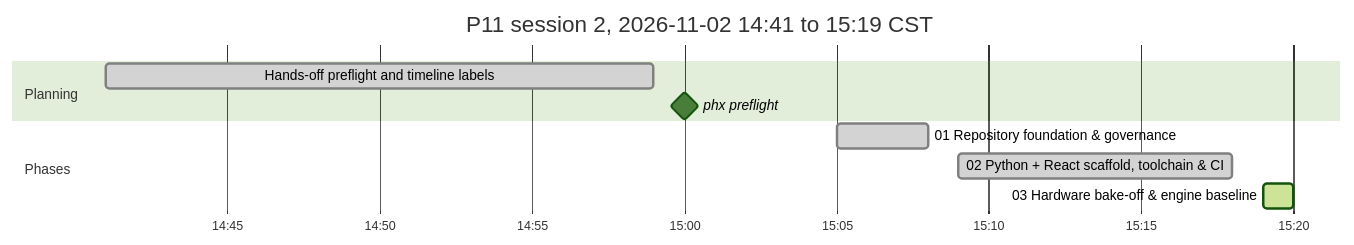
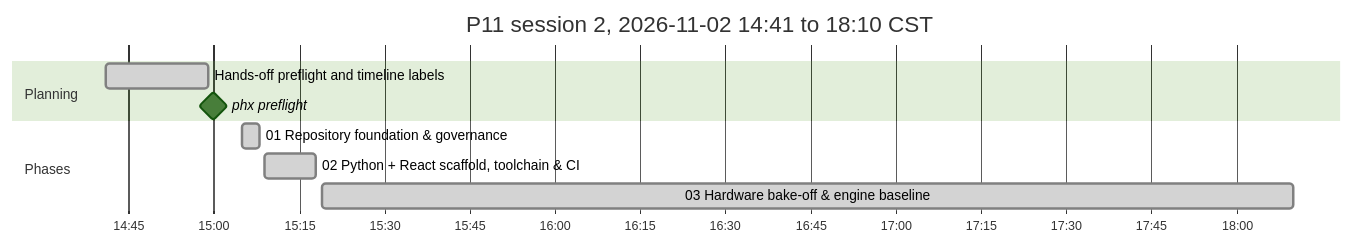
Before and after one commit to antonizick/project1111: the second of 2 diagrams in P11_IMPLEMENTATION_PLAN.md, drawn with Mermaid (forest theme). The commit also changed other lines of this file and 1 other file, not shown here.

Commit message:
docs(plan): refresh timeline

````diff
--- a/P11_IMPLEMENTATION_PLAN.md
+++ b/P11_IMPLEMENTATION_PLAN.md
@@ -74,13 +74,13 @@
 ```mermaid
 gantt
-    title P11 session 2, 2026-11-02 14:41 to 15:19 CST
+    title P11 session 2, 2026-11-02 14:41 to 18:10 CST
     dateFormat YYYY-MM-DD HH:mm
     axisFormat %H:%M
     section Planning
     Hands-off preflight and timeline labels :done, plan3, 2026-11-02 14:41, 2026-11-02 14:59
     phx preflight :milestone, pf13ee0d5, 2026-11-02 15:00, 0m
     section Phases
     01 Repository foundation & governance :done, p01s2, 2026-11-02 15:05, 2026-11-02 15:08
     02 Python + React scaffold, toolchain & CI :done, p02s2, 2026-11-02 15:09, 2026-11-02 15:18
-    03 Hardware bake-off & engine baseline :active, p03s2, 2026-11-02 15:19, 2026-11-02 15:20
+    03 Hardware bake-off & engine baseline :done, p03s2, 2026-11-02 15:19, 2026-11-02 18:10
 ```
````
